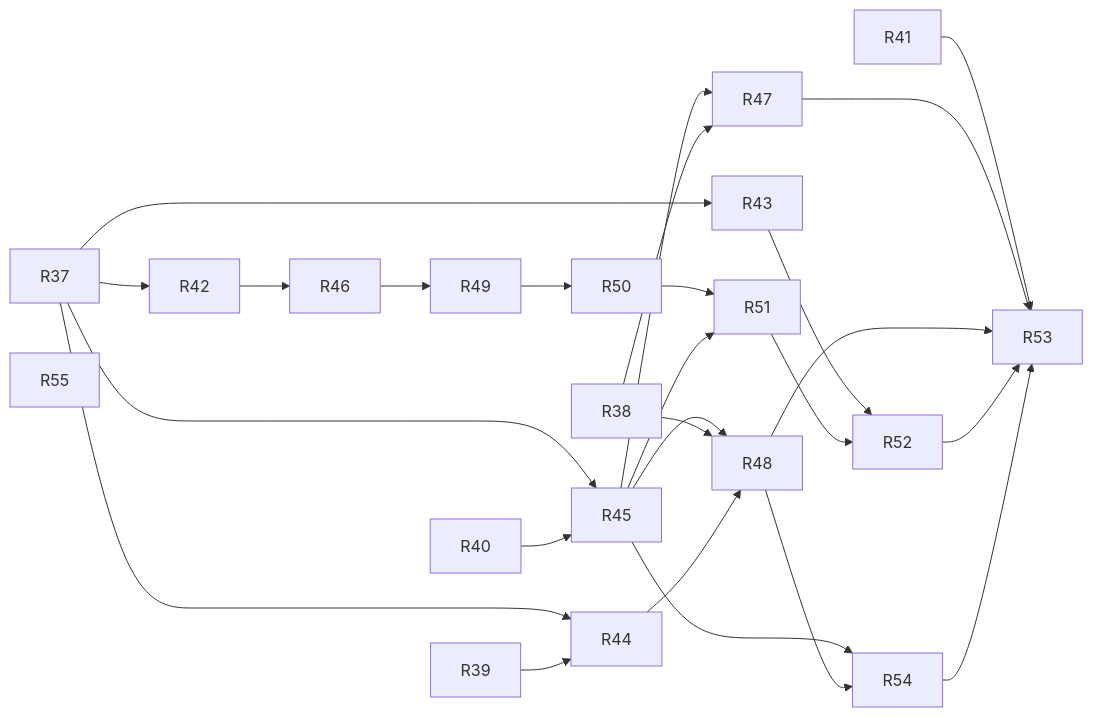
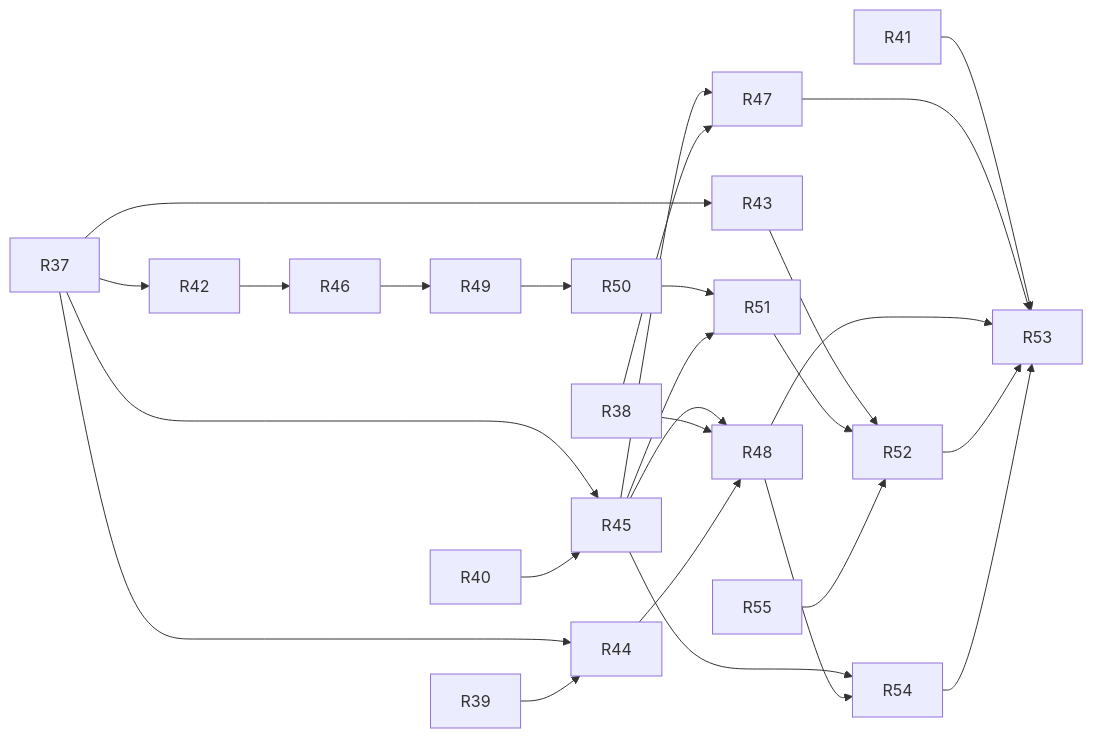
One commit to CipoBaruf/what-is-in-your-sky changed the third of 3 diagrams in TASKS.md. Above: the diagram before and after it, drawn with Mermaid. The commit also changed other lines of this file and 2 other files, not shown here.

````diff
--- a/TASKS.md
+++ b/TASKS.md
@@ -1117,18 +1118,18 @@
 ```mermaid
 flowchart LR
   R37 --> R42 & R43 & R44 & R45
   R39 --> R44
   R40 --> R45
   R42 --> R46
   R46 --> R49
   R49 --> R50
   R50 --> R51
   R45 --> R47 & R48 & R51
   R38 --> R47 & R48
   R44 --> R48
   R43 --> R52
   R51 --> R52
+  R55 --> R52
   R45 & R48 --> R54
   R41 & R47 & R48 & R52 & R54 --> R53
-  R55
 ```
````
